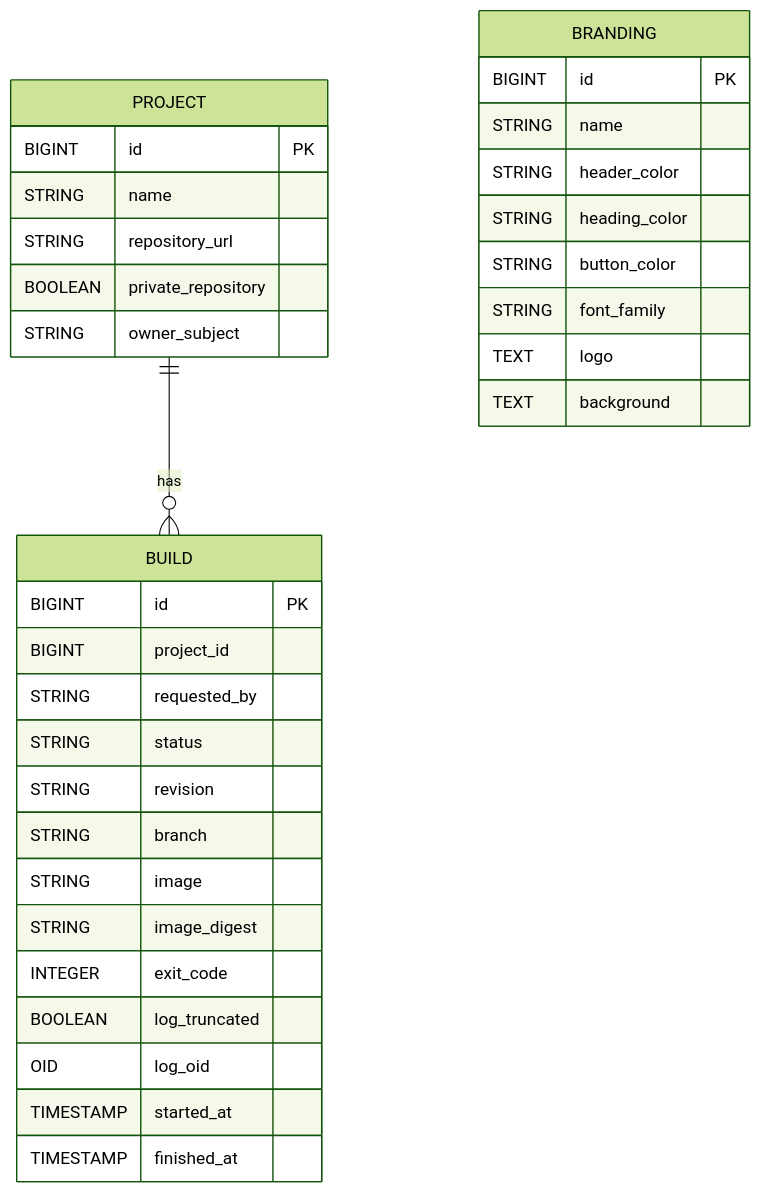
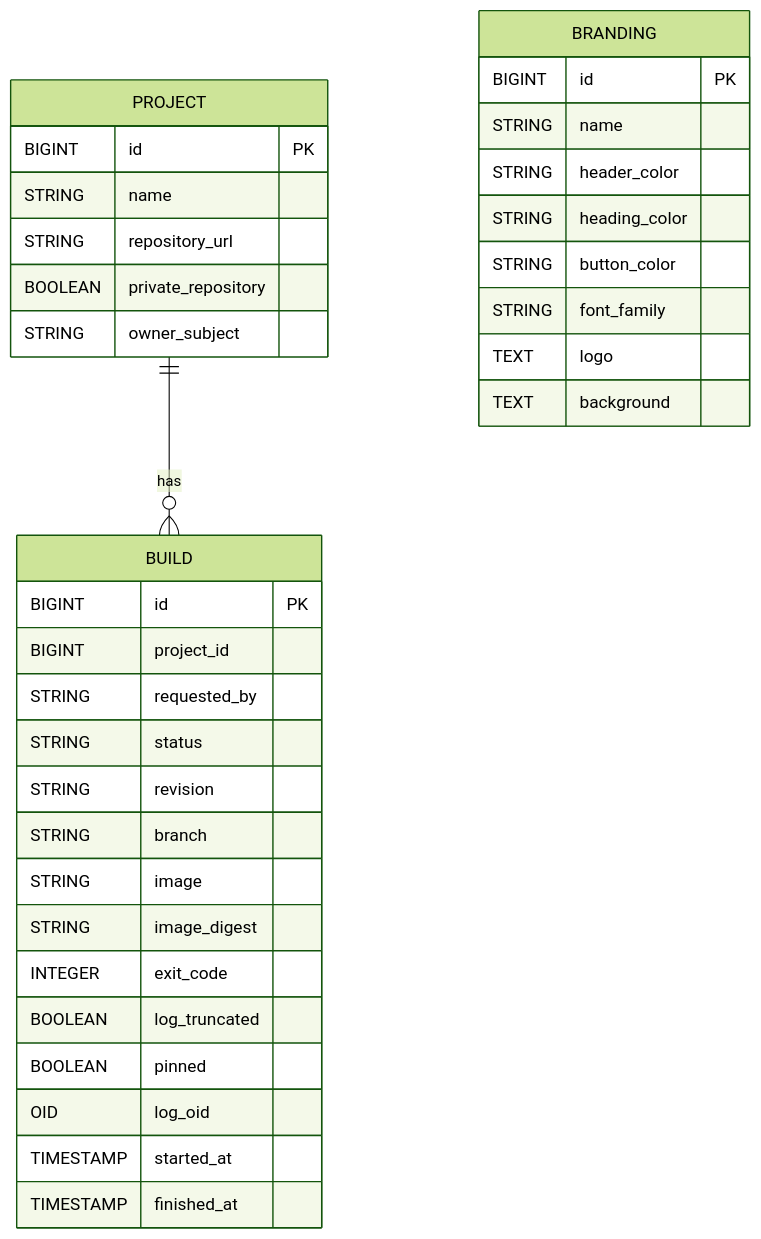
The diagram in docs/entity-diagram.md (Mohamed-Alkafory/cisys), drawn with Mermaid (forest theme) before and after one commit. The commit also changed 14 other files, not shown here.

````diff
--- a/docs/entity-diagram.md
+++ b/docs/entity-diagram.md
@@ -5,39 +5,40 @@
 ```mermaid
 erDiagram
     PROJECT {
         BIGINT id PK
         STRING name
         STRING repository_url
         BOOLEAN private_repository
         STRING owner_subject
     }
 
     BUILD {
         BIGINT id PK
         BIGINT project_id
         STRING requested_by
         STRING status
         STRING revision
         STRING branch
         STRING image
         STRING image_digest
         INTEGER exit_code
         BOOLEAN log_truncated
+        BOOLEAN pinned
         OID log_oid
         TIMESTAMP started_at
         TIMESTAMP finished_at
     }
 
     BRANDING {
         BIGINT id PK
         STRING name
         STRING header_color
         STRING heading_color
         STRING button_color
         STRING font_family
         TEXT logo
         TEXT background
     }
 
     PROJECT ||--o{ BUILD : has
 ```
````
